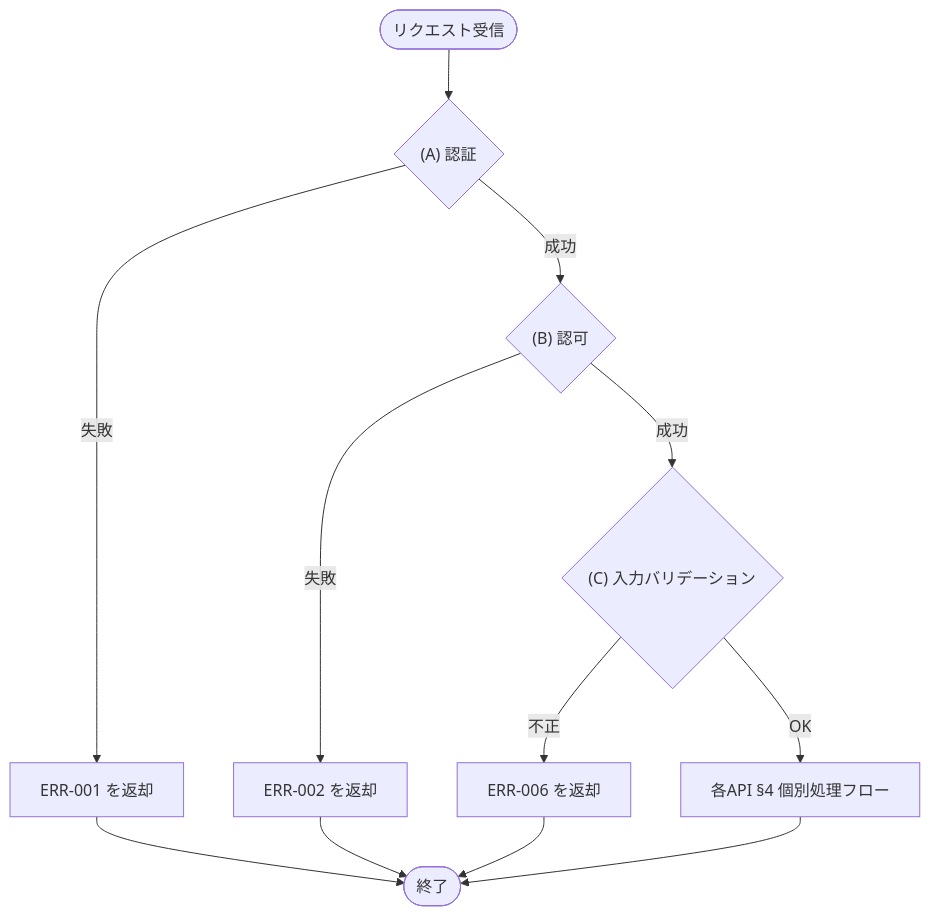
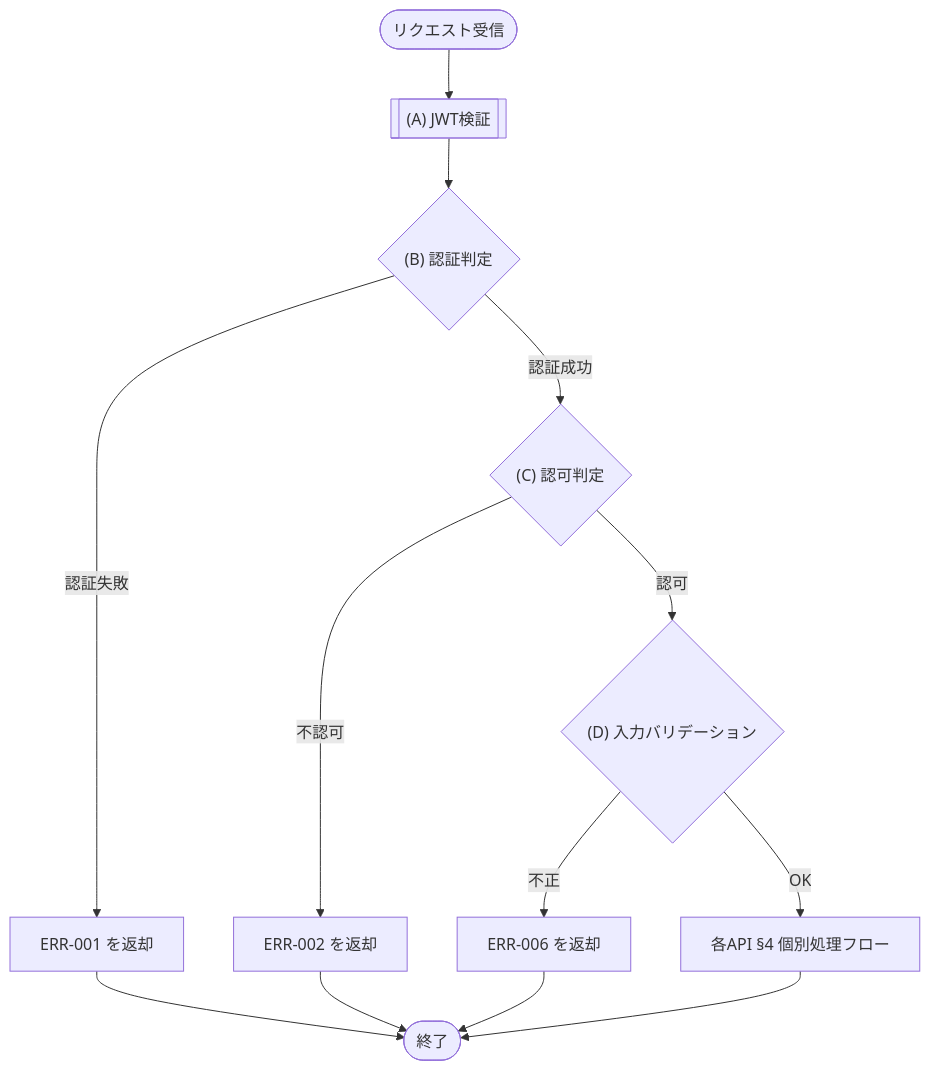
One commit to sikakou54/system-document-template changed the diagram in docs/03_機能設計/03_API設計/API-COM_共通設計.md. Above: the diagram before and after it, drawn with Mermaid. The commit also changed other lines of this file and 59 other files, not shown here.

````diff
--- a/docs/03_機能設計/03_API設計/API-COM_共通設計.md
+++ b/docs/03_機能設計/03_API設計/API-COM_共通設計.md
@@ -99,17 +99,18 @@
 ```mermaid
 flowchart TD
   Start([リクエスト受信])
-  A{"(A) 認証"}
-  Z{"(B) 認可"}
-  V{"(C) 入力バリデーション"}
+  P1[["(A) JWT検証"]]
+  D1{"(B) 認証判定"}
+  D2{"(C) 認可判定"}
+  D3{"(D) 入力バリデーション"}
   Body["各API §4 個別処理フロー"]
   End([終了])
 
-  Start --> A
-  A -- "失敗" --> E1["ERR-001 を返却"] --> End
-  A -- "成功" --> Z
-  Z -- "失敗" --> E2["ERR-002 を返却"] --> End
-  Z -- "成功" --> V
-  V -- "不正" --> E6["ERR-006 を返却"] --> End
-  V -- "OK" --> Body --> End
+  Start --> P1 --> D1
+  D1 -- "認証失敗" --> E1["ERR-001 を返却"] --> End
+  D1 -- "認証成功" --> D2
+  D2 -- "不認可" --> E2["ERR-002 を返却"] --> End
+  D2 -- "認可" --> D3
+  D3 -- "不正" --> E6["ERR-006 を返却"] --> End
+  D3 -- "OK" --> Body --> End
 ```
````
